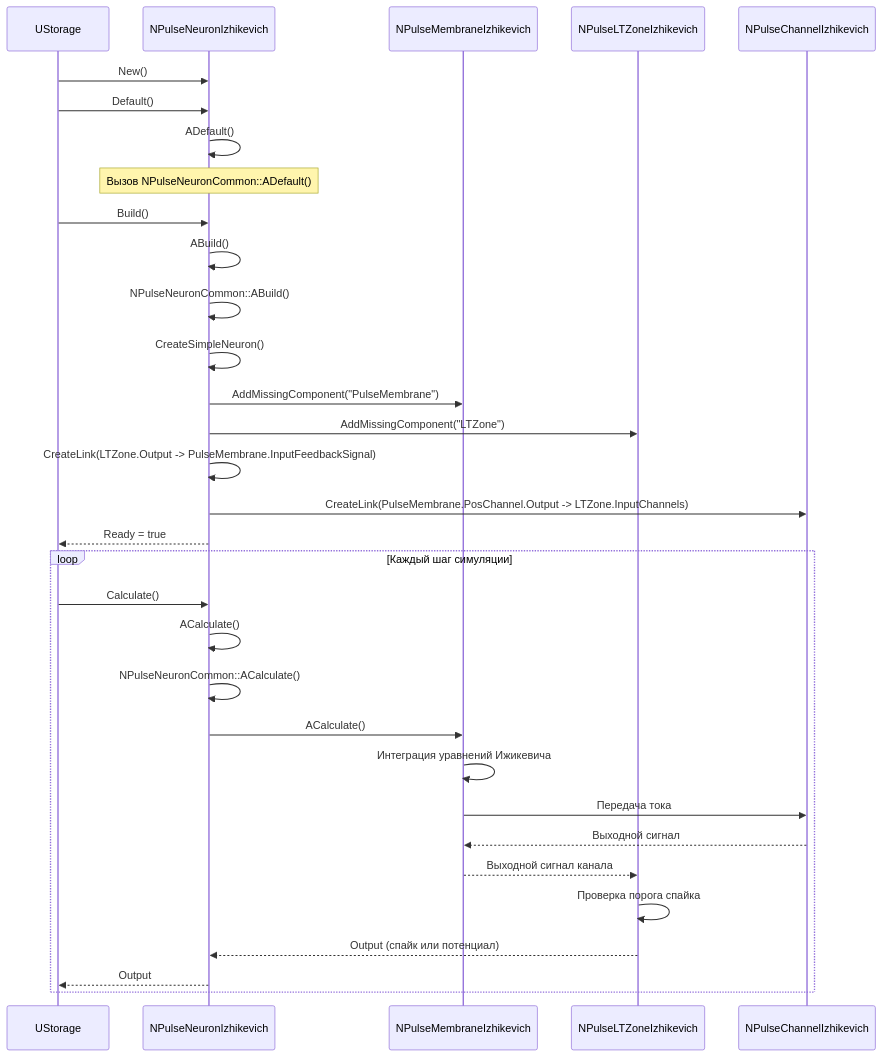
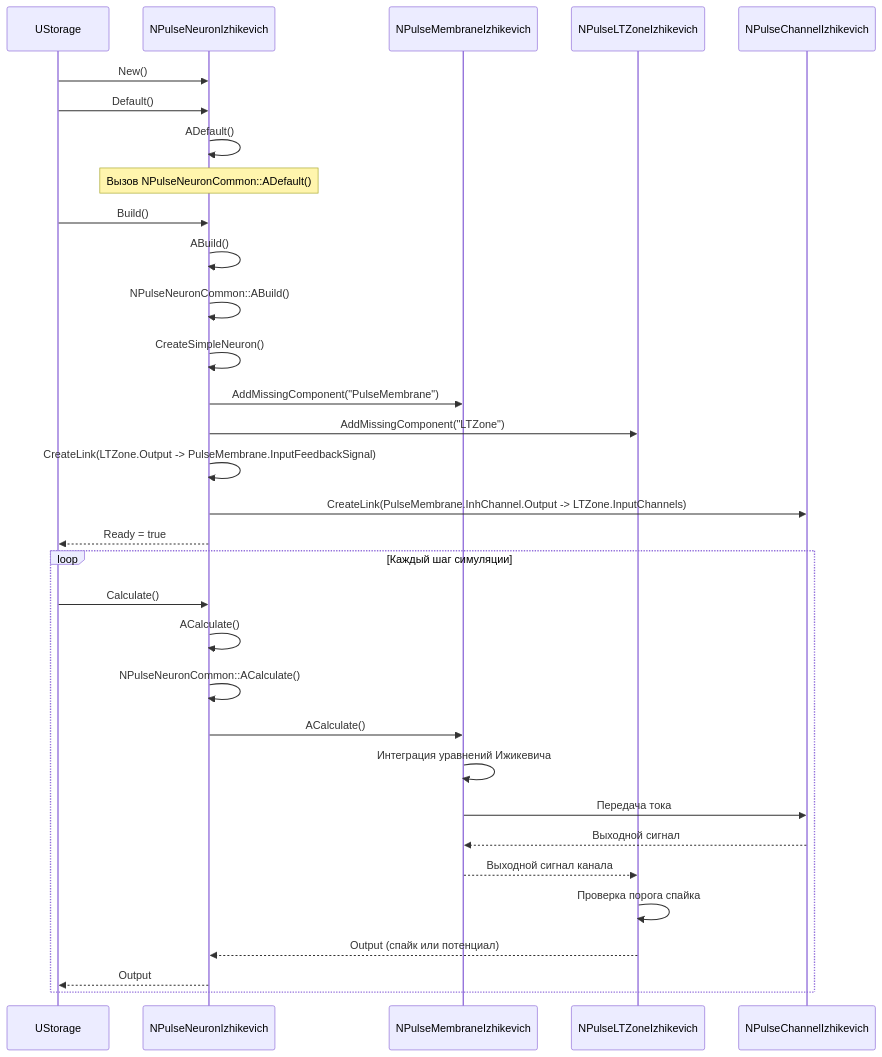
The second of 10 diagrams in Docs/Components/NPulseNeuronIzhikevich.md (aicommunity/Nmsdk-PulseLib), drawn with Mermaid before and after one commit. The commit also changed other lines of this file and 14 other files, not shown here.

Commit message:
Refactoring the naming of neuron components. PLTZone -> LTZone, Pos/Neg channels -> Inh/Exc channels, etc.

````diff
--- a/Docs/Components/NPulseNeuronIzhikevich.md
+++ b/Docs/Components/NPulseNeuronIzhikevich.md
@@ -65,36 +65,36 @@
 ```mermaid
 sequenceDiagram
     participant Storage as UStorage
     participant Neuron as NPulseNeuronIzhikevich
     participant Membrane as NPulseMembraneIzhikevich
     participant LTZone as NPulseLTZoneIzhikevich
     participant Channel as NPulseChannelIzhikevich
     
     Storage->>Neuron: New()
     Storage->>Neuron: Default()
     Neuron->>Neuron: ADefault()
     Note over Neuron: Вызов NPulseNeuronCommon::ADefault()
     Storage->>Neuron: Build()
     Neuron->>Neuron: ABuild()
     Neuron->>Neuron: NPulseNeuronCommon::ABuild()
     Neuron->>Neuron: CreateSimpleNeuron()
     Neuron->>Membrane: AddMissingComponent("PulseMembrane")
     Neuron->>LTZone: AddMissingComponent("LTZone")
     Neuron->>Neuron: CreateLink(LTZone.Output -> PulseMembrane.InputFeedbackSignal)
-    Neuron->>Channel: CreateLink(PulseMembrane.PosChannel.Output -> LTZone.InputChannels)
+    Neuron->>Channel: CreateLink(PulseMembrane.InhChannel.Output -> LTZone.InputChannels)
     Neuron-->>Storage: Ready = true
     
     loop Каждый шаг симуляции
         Storage->>Neuron: Calculate()
         Neuron->>Neuron: ACalculate()
         Neuron->>Neuron: NPulseNeuronCommon::ACalculate()
         Neuron->>Membrane: ACalculate()
         Membrane->>Membrane: Интеграция уравнений Ижикевича
         Membrane->>Channel: Передача тока
         Channel-->>Membrane: Выходной сигнал
         Membrane-->>LTZone: Выходной сигнал канала
         LTZone->>LTZone: Проверка порога спайка
         LTZone-->>Neuron: Output (спайк или потенциал)
         Neuron-->>Storage: Output
     end
 ```
````
